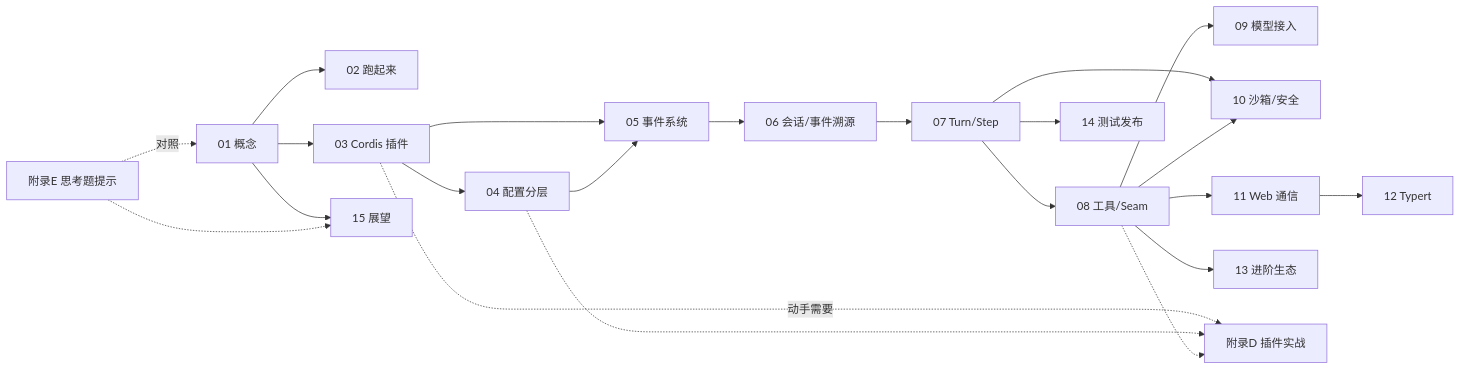
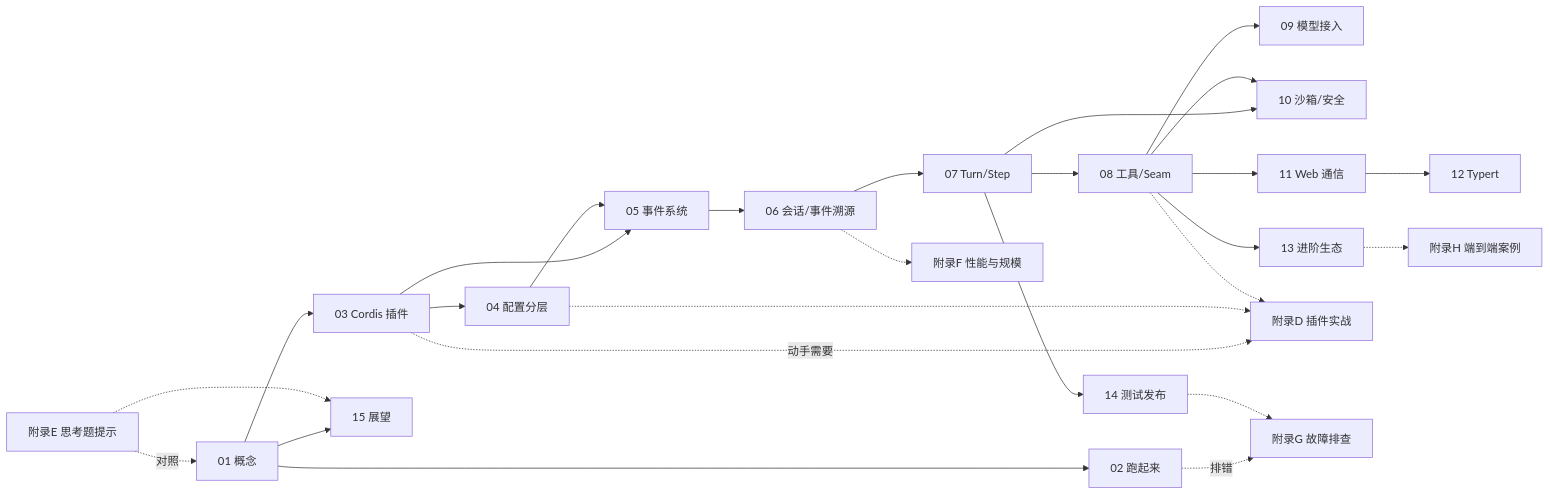
One commit to vinthuy/deepseek-harness-book changed the diagram in 00-前言.md. Above: the diagram before and after it, drawn with Mermaid. The commit also changed other lines of this file and 24 other files, not shown here.

````diff
--- a/00-前言.md
+++ b/00-前言.md
@@ -58,24 +58,28 @@
 ```mermaid
 flowchart LR
     C1[01 概念] --> C2[02 跑起来]
     C1 --> C3[03 Cordis 插件]
     C3 --> C4[04 配置分层]
     C3 --> C5[05 事件系统]
     C4 --> C5
     C5 --> C6[06 会话/事件溯源]
     C6 --> C7[07 Turn/Step]
     C7 --> C8[08 工具/Seam]
     C8 --> C9[09 模型接入]
     C7 --> C10[10 沙箱/安全]
     C8 --> C10
     C8 --> C11[11 Web 通信]
     C11 --> C12[12 Typert]
     C8 --> C13[13 进阶生态]
     C7 --> C14[14 测试发布]
     C1 --> C15[15 展望]
     C3 -.->|动手需要| D[附录D 插件实战]
     C4 -.-> D
     C8 -.-> D
+    C2 -.->|排错| G[附录G 故障排查]
+    C14 -.-> G
+    C13 -.-> H[附录H 端到端案例]
+    C6 -.-> F[附录F 性能与规模]
     E[附录E 思考题提示] -.->|对照| C1
     E -.-> C15
 ```
````
